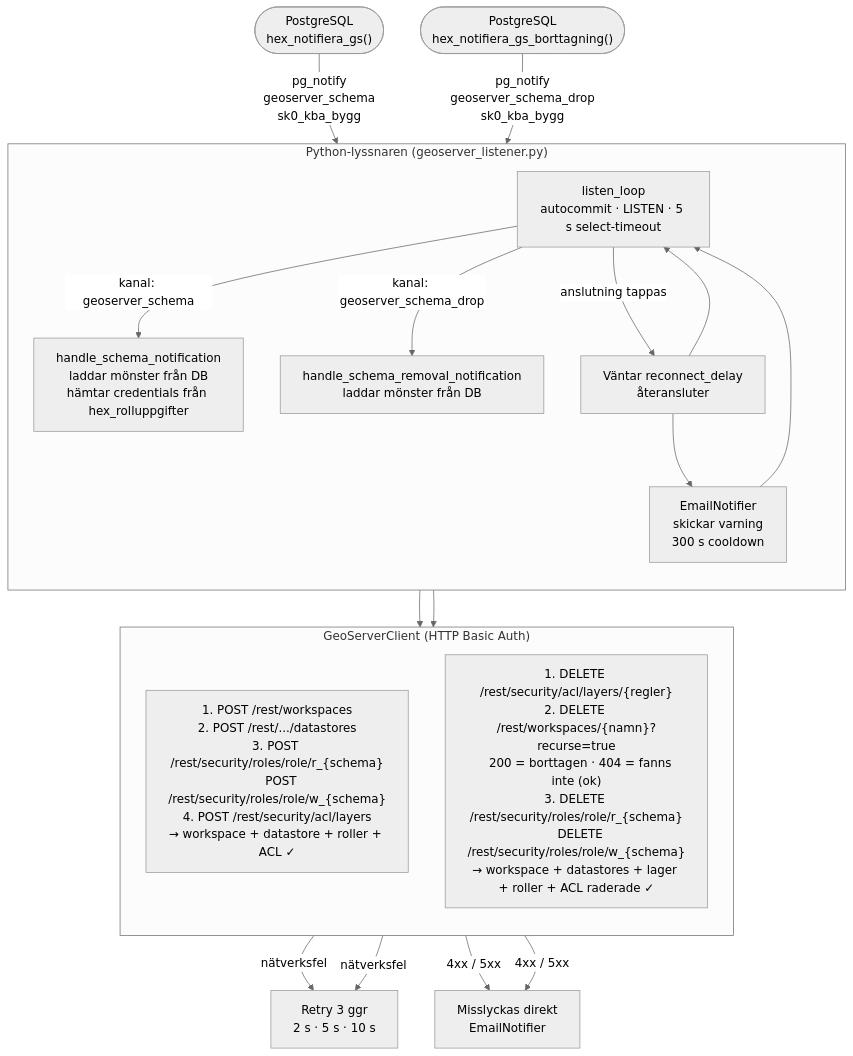
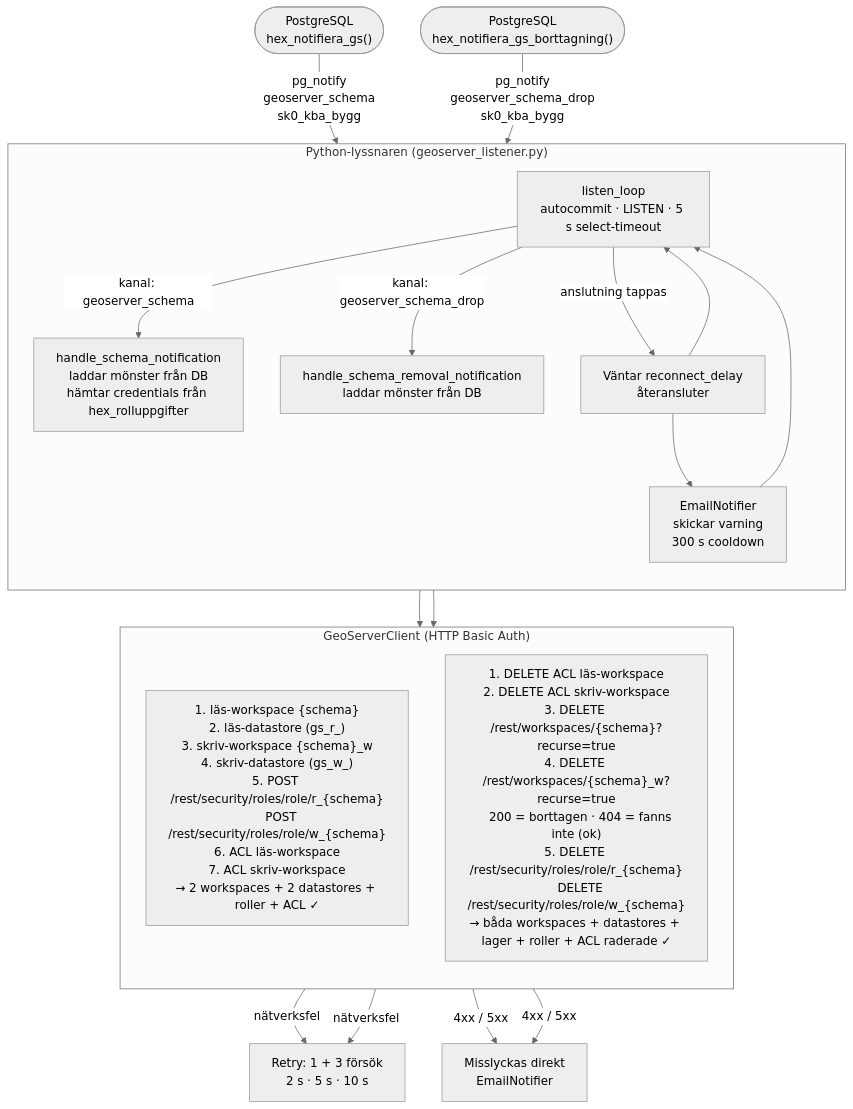
One commit to Geodata-Kungsbacka/Hex changed the ninth of 9 diagrams in LOGIC_MAP.md. Above: the diagram before and after it, drawn with Mermaid (neutral theme). The commit also changed other lines of this file and 7 other files, not shown here.

````diff
--- a/LOGIC_MAP.md
+++ b/LOGIC_MAP.md
@@ -827,32 +840,32 @@
 ```mermaid
 flowchart TD
     PG_C(["PostgreSQL<br/>hex_notifiera_gs()"])
     PG_D(["PostgreSQL<br/>hex_notifiera_gs_borttagning()"])
     PG_C --> |"pg_notify<br/>geoserver_schema<br/>sk0_kba_bygg"| LL
     PG_D --> |"pg_notify<br/>geoserver_schema_drop<br/>sk0_kba_bygg"| LL
 
     subgraph PY["Python-lyssnaren (geoserver_listener.py)"]
         direction TB
         LL["listen_loop<br/>autocommit · LISTEN · 5 s select-timeout"]
         LL --> |"kanal: geoserver_schema"| HSN["handle_schema_notification<br/>laddar mönster från DB<br/>hämtar credentials från hex_rolluppgifter"]
         LL --> |"kanal: geoserver_schema_drop"| HRN["handle_schema_removal_notification<br/>laddar mönster från DB"]
         LL --> |"anslutning tappas"| REC["Väntar reconnect_delay<br/>återansluter"]
         REC --> EMAIL1["EmailNotifier<br/>skickar varning<br/>300 s cooldown"]
         EMAIL1 --> LL
         REC --> LL
     end
 
     HSN --> GS_CREATE
     HRN --> GS_DELETE
 
     subgraph REST["GeoServerClient (HTTP Basic Auth)"]
         direction TB
-        GS_CREATE["1. POST /rest/workspaces<br/>2. POST /rest/.../datastores<br/>3. POST /rest/security/roles/role/r_{schema}<br/>   POST /rest/security/roles/role/w_{schema}<br/>4. POST /rest/security/acl/layers<br/>→ workspace + datastore + roller + ACL ✓"]
-        GS_DELETE["1. DELETE /rest/security/acl/layers/{regler}<br/>2. DELETE /rest/workspaces/{namn}?recurse=true<br/>   200 = borttagen · 404 = fanns inte (ok)<br/>3. DELETE /rest/security/roles/role/r_{schema}<br/>   DELETE /rest/security/roles/role/w_{schema}<br/>→ workspace + datastores + lager + roller + ACL raderade ✓"]
+        GS_CREATE["1. läs-workspace {schema}<br/>2. läs-datastore (gs_r_)<br/>3. skriv-workspace {schema}_w<br/>4. skriv-datastore (gs_w_)<br/>5. POST /rest/security/roles/role/r_{schema}<br/>   POST /rest/security/roles/role/w_{schema}<br/>6. ACL läs-workspace<br/>7. ACL skriv-workspace<br/>→ 2 workspaces + 2 datastores + roller + ACL ✓"]
+        GS_DELETE["1. DELETE ACL läs-workspace<br/>2. DELETE ACL skriv-workspace<br/>3. DELETE /rest/workspaces/{schema}?recurse=true<br/>4. DELETE /rest/workspaces/{schema}_w?recurse=true<br/>   200 = borttagen · 404 = fanns inte (ok)<br/>5. DELETE /rest/security/roles/role/r_{schema}<br/>   DELETE /rest/security/roles/role/w_{schema}<br/>→ båda workspaces + datastores + lager + roller + ACL raderade ✓"]
     end
 
-    GS_CREATE --> |"nätverksfel"| RETRY["Retry 3 ggr<br/>2 s · 5 s · 10 s"]
+    GS_CREATE --> |"nätverksfel"| RETRY["Retry: 1 + 3 försök<br/>2 s · 5 s · 10 s"]
     GS_DELETE --> |"nätverksfel"| RETRY
     GS_CREATE --> |"4xx / 5xx"| FAIL["Misslyckas direkt<br/>EmailNotifier"]
     GS_DELETE --> |"4xx / 5xx"| FAIL
 ```
````
